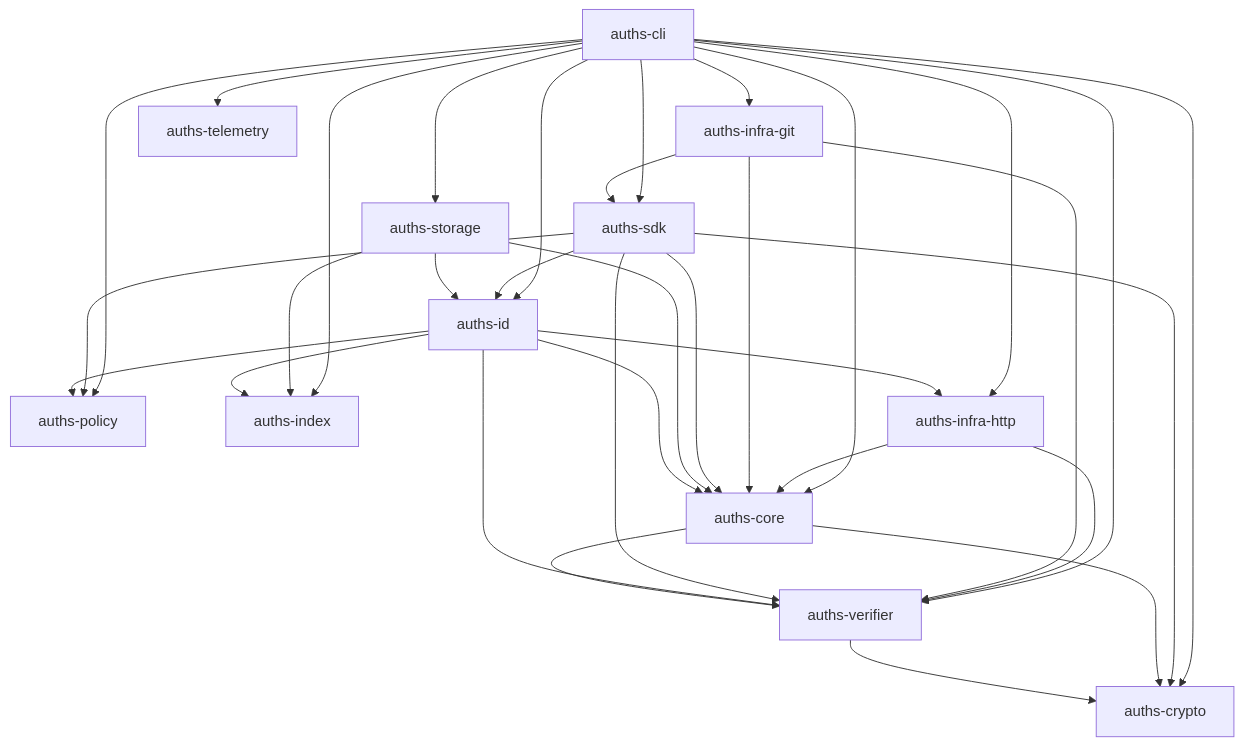
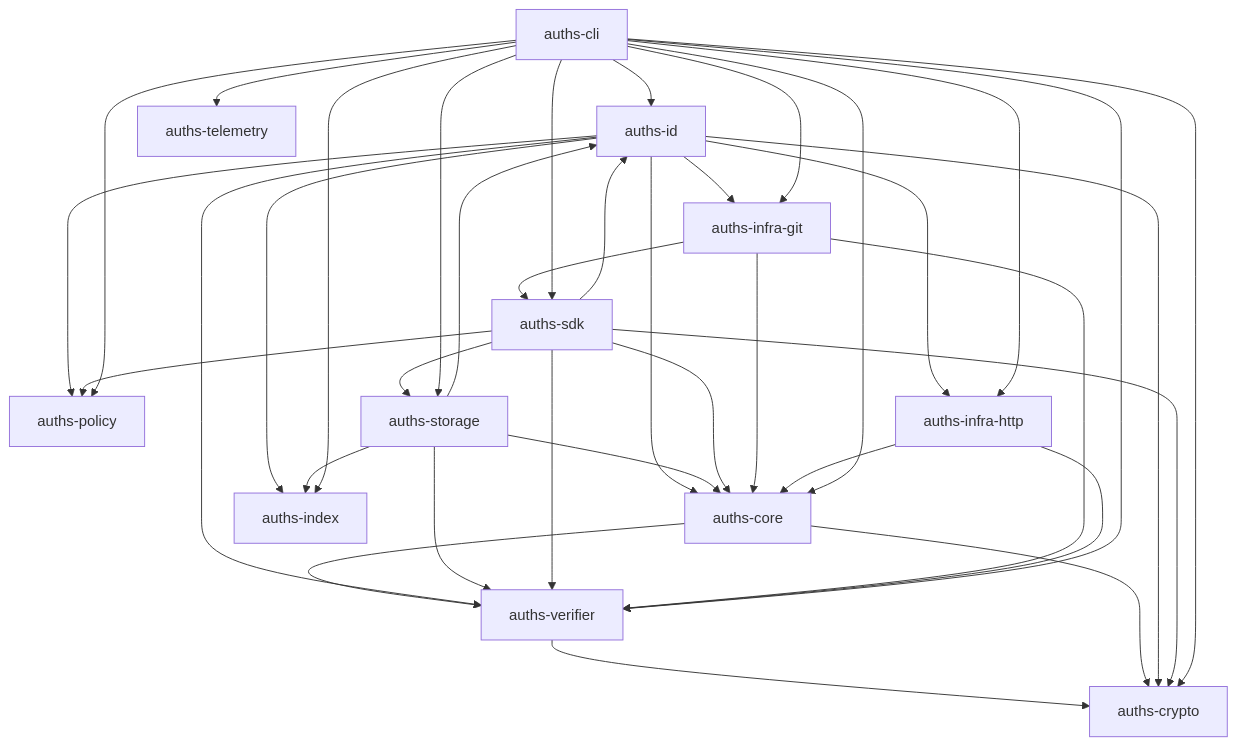
The third of 3 diagrams in ARCHITECTURE.md (auths-dev/auths), drawn with Mermaid before and after one commit.

Commit message:
docs: fix missing edges in ARCHITECTURE.md dependency graph
Add auths-id → auths-crypto, auths-id → auths-infra-git,
auths-sdk → auths-storage, auths-storage → auths-verifier.

````diff
--- a/ARCHITECTURE.md
+++ b/ARCHITECTURE.md
@@ -210,36 +210,40 @@
 ```mermaid
 graph TD
   auths-crypto
   auths-verifier --> auths-crypto
   auths-core --> auths-crypto
   auths-core --> auths-verifier
   auths-id --> auths-core
+  auths-id --> auths-crypto
   auths-id --> auths-verifier
   auths-id --> auths-policy
   auths-id --> auths-index
+  auths-id --> auths-infra-git
   auths-id --> auths-infra-http
   auths-storage --> auths-id
   auths-storage --> auths-core
   auths-storage --> auths-index
+  auths-storage --> auths-verifier
   auths-sdk --> auths-id
   auths-sdk --> auths-core
   auths-sdk --> auths-crypto
   auths-sdk --> auths-verifier
   auths-sdk --> auths-policy
+  auths-sdk --> auths-storage
   auths-infra-git --> auths-sdk
   auths-infra-git --> auths-core
   auths-infra-git --> auths-verifier
   auths-infra-http --> auths-core
   auths-infra-http --> auths-verifier
   auths-cli --> auths-sdk
   auths-cli --> auths-id
   auths-cli --> auths-core
   auths-cli --> auths-crypto
   auths-cli --> auths-verifier
   auths-cli --> auths-storage
   auths-cli --> auths-infra-git
   auths-cli --> auths-infra-http
   auths-cli --> auths-policy
   auths-cli --> auths-index
   auths-cli --> auths-telemetry
 ```
````
